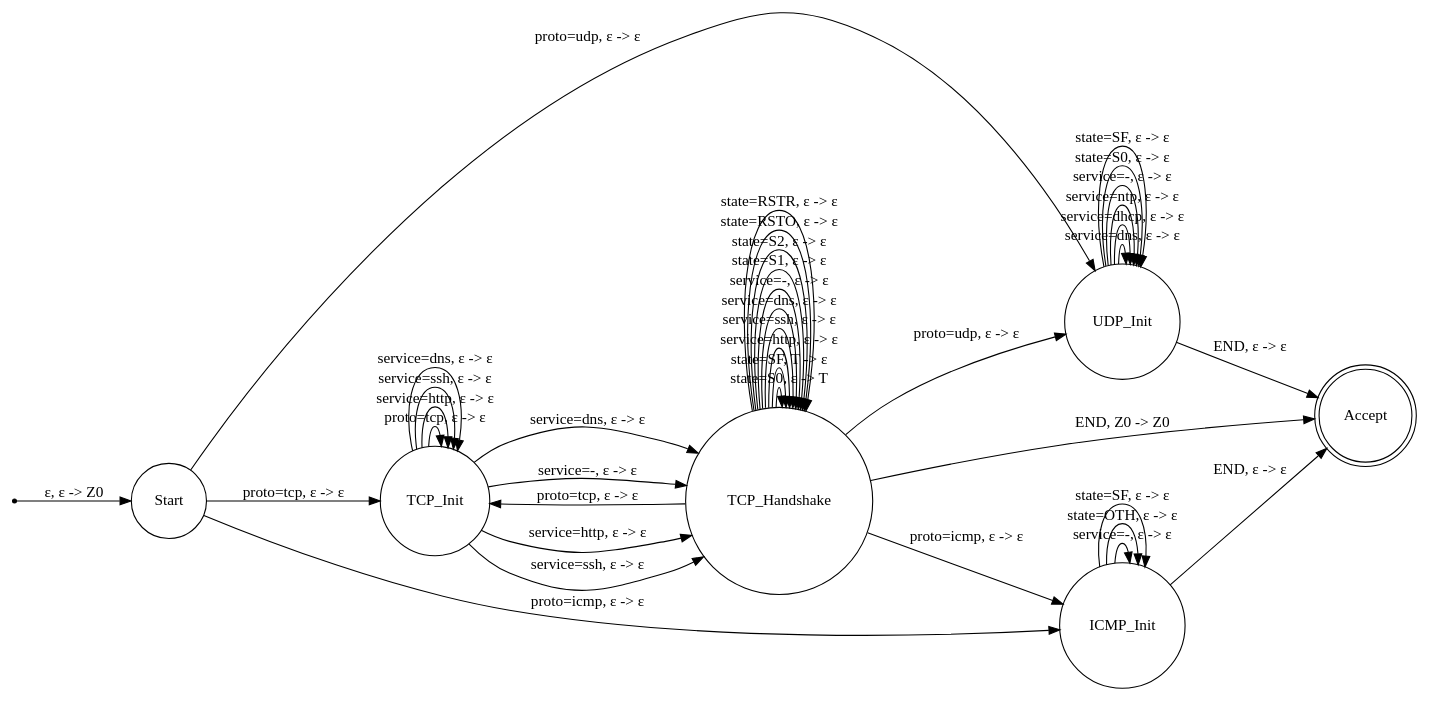
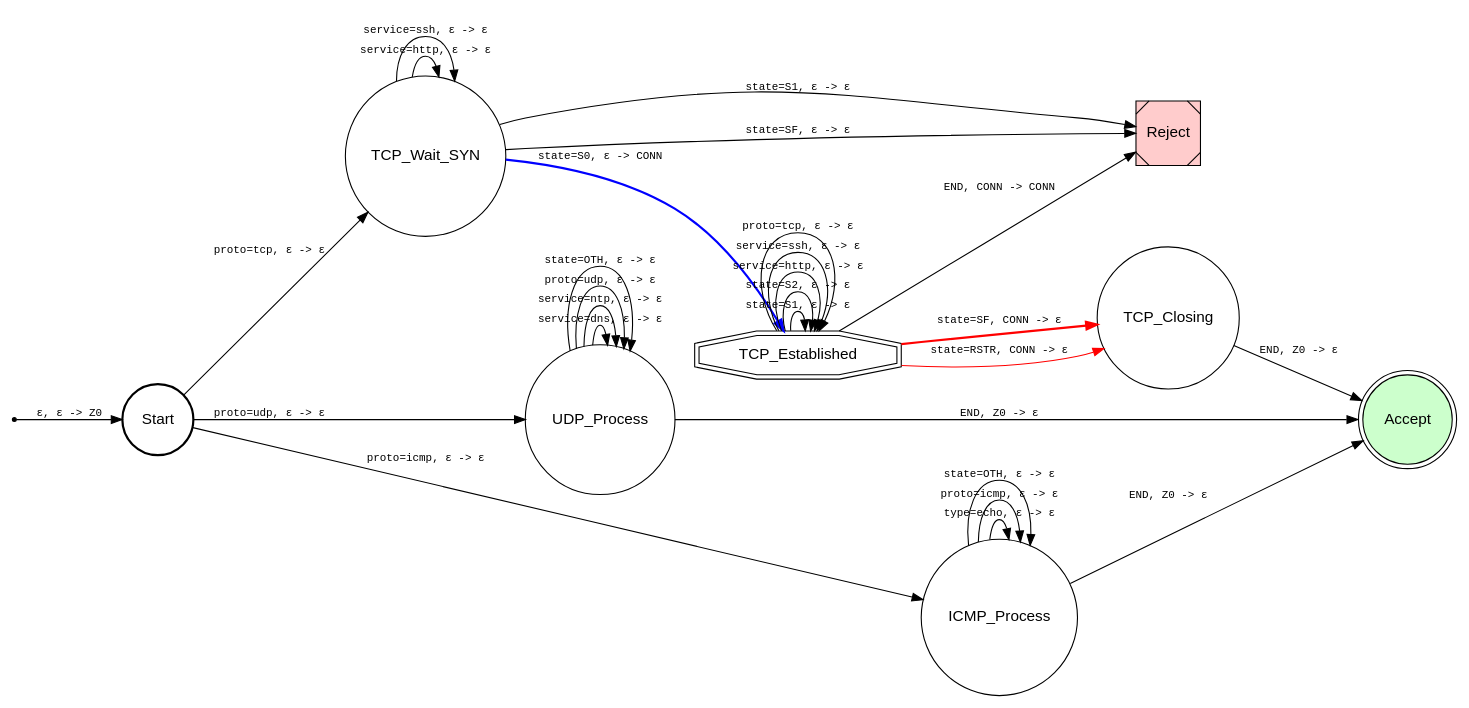
Before and after one commit to hdmGOAT/security-visualizer-backend: the diagram in external/data/pda.dot, drawn with Graphviz. The commit also changed 18 other files, not shown here.

```diff
--- a/external/data/pda.dot
+++ b/external/data/pda.dot
@@ -1,78 +1,79 @@
 digraph PDA {
   rankdir=LR;
-  node [shape=circle];
+  node [shape=circle, fontname="Helvetica"];
+  edge [fontname="Courier", fontsize=10];
 
-  /* start point */
+  /* ---------------- Setup ---------------- */
   __start [shape=point];
+  /* Push Z0: The "Ground Truth" that the machine is running */
   __start -> Start [label="ε, ε -> Z0"];
 
-  Start [label="Start"];
-  Accept [label="Accept", shape=doublecircle];
+  Start [label="Start", style=bold];
+  
+  /* Trap State: Any invalid move lands here */
+  Reject [label="Reject", shape=Msquare, style=filled, fillcolor="#ffcccc"];
+  
+  /* Accept: Reached only if input is done AND we can pop Z0 (Empty Stack) */
+  Accept [label="Accept", shape=doublecircle, style=filled, fillcolor="#ccffcc"];
 
-  /* ---------------- Protocol branching ---------------- */
-  Start -> TCP_Init  [label="proto=tcp, ε -> ε"];
-  Start -> UDP_Init  [label="proto=udp, ε -> ε"];
-  Start -> ICMP_Init [label="proto=icmp, ε -> ε"];
+  /* ---------------- Protocol Selection ---------------- */
+  Start -> TCP_Pending [label="proto=tcp, ε -> ε"];
+  Start -> UDP_Process [label="proto=udp, ε -> ε"];
+  Start -> ICMP_Process [label="proto=icmp, ε -> ε"];
 
-  /* ---------------- TCP ---------------- */
-  TCP_Init [label="TCP_Init"];
-  TCP_Handshake [label="TCP_Handshake"];
+  /* ---------------- TCP LOGIC ---------------- */
+  TCP_Pending [label="TCP_Wait_SYN"];
+  TCP_Established [label="TCP_Established", shape=doubleoctagon];
+  TCP_Closing [label="TCP_Closing"];
 
-  /* TCP: service selection - neutral stack */
-  TCP_Init -> TCP_Handshake [label="service=http, ε -> ε"];
-  TCP_Init -> TCP_Handshake [label="service=ssh, ε -> ε"];
-  TCP_Init -> TCP_Handshake [label="service=dns, ε -> ε"];
-  TCP_Init -> TCP_Handshake [label="service=-, ε -> ε"];
+  /* 1. START SESSION: Push 'CONN' on top of Z0 */
+  TCP_Pending -> TCP_Established [label="state=S0, ε -> CONN", color="blue", penwidth=2.0];
 
-  /* TCP: handshake stack ops */
-  TCP_Handshake -> TCP_Handshake [label="state=S0, ε -> T"];  /* push T */
-  TCP_Handshake -> TCP_Handshake [label="state=SF, T -> ε"];  /* pop T */
+  /* Allow service identification during pending state (e.g. if packet has both flags and service info) */
+  TCP_Pending -> TCP_Pending [label="service=http, ε -> ε"];
+  TCP_Pending -> TCP_Pending [label="service=ssh, ε -> ε"];
 
-    /* Allow new packet headers to start while in handshake (accept proto/service of next packet)
-      so the PDA can process sequences like: proto,service,S0  proto,service,S1 ... */
-    TCP_Handshake -> TCP_Init [label="proto=tcp, ε -> ε"];
-    TCP_Handshake -> UDP_Init [label="proto=udp, ε -> ε"];
-    TCP_Handshake -> ICMP_Init [label="proto=icmp, ε -> ε"];
+  /* 1a. Invalid starts go to Reject */
+  TCP_Pending -> Reject [label="state=S1, ε -> ε"];
+  TCP_Pending -> Reject [label="state=SF, ε -> ε"];
 
-    /* Allow service tokens to be seen between handshake frames without changing stack */
-    TCP_Handshake -> TCP_Handshake [label="service=http, ε -> ε"];
-    TCP_Handshake -> TCP_Handshake [label="service=ssh, ε -> ε"];
-    TCP_Handshake -> TCP_Handshake [label="service=dns, ε -> ε"];
-    TCP_Handshake -> TCP_Handshake [label="service=-, ε -> ε"];
+  /* 2. IN SESSION: Loop while CONN is on stack */
+  TCP_Established -> TCP_Established [label="state=S1, ε -> ε"];
+  TCP_Established -> TCP_Established [label="state=S2, ε -> ε"];
+  TCP_Established -> TCP_Established [label="service=http, ε -> ε"];
+  TCP_Established -> TCP_Established [label="service=ssh, ε -> ε"];
+  TCP_Established -> TCP_Established [label="proto=tcp, ε -> ε"];
 
-  /* TCP: neutral transitions */
-  TCP_Handshake -> TCP_Handshake [label="state=S1, ε -> ε"];
-  TCP_Handshake -> TCP_Handshake [label="state=S2, ε -> ε"];
-  TCP_Handshake -> TCP_Handshake [label="state=RSTO, ε -> ε"];
-  TCP_Handshake -> TCP_Handshake [label="state=RSTR, ε -> ε"];
+  /* 3. END SESSION: Pop 'CONN', exposing Z0 below it */
+  TCP_Established -> TCP_Closing [label="state=SF, CONN -> ε", color="red", penwidth=2.0];
+  TCP_Established -> TCP_Closing [label="state=RSTR, CONN -> ε", color="red"];
 
-  /* Allow unexpected proto/service tokens to be handled gracefully in TCP_Init as well */
-  TCP_Init -> TCP_Init [label="proto=tcp, ε -> ε"];
-  TCP_Init -> TCP_Init [label="service=http, ε -> ε"];
-  TCP_Init -> TCP_Init [label="service=ssh, ε -> ε"];
-  TCP_Init -> TCP_Init [label="service=dns, ε -> ε"];
+  /* 4. TERMINATE: Pop Z0. If Z0 is not there, we crash/reject. */
+  TCP_Closing -> Accept [label="END, Z0 -> ε"];
+  
+  /* If stream ends while established (CONN is still there), we reject */
+  TCP_Established -> Reject [label="END, CONN -> CONN"]; 
 
-  /* TCP: accept only when stack back to Z0 */
-  TCP_Handshake -> Accept [label="END, Z0 -> Z0"];
 
-  /* ---------------- UDP ---------------- */
-  UDP_Init [label="UDP_Init"];
+  /* ---------------- UDP LOGIC ---------------- */
+  UDP_Process [label="UDP_Process"];
 
-  UDP_Init -> UDP_Init [label="service=dns, ε -> ε"];
-  UDP_Init -> UDP_Init [label="service=dhcp, ε -> ε"];
-  UDP_Init -> UDP_Init [label="service=ntp, ε -> ε"];
-  UDP_Init -> UDP_Init [label="service=-, ε -> ε"];
-  UDP_Init -> UDP_Init [label="state=S0, ε -> ε"];
-  UDP_Init -> UDP_Init [label="state=SF, ε -> ε"];
+  /* UDP doesn't push CONN, so Z0 is always exposed */
+  UDP_Process -> UDP_Process [label="service=dns, ε -> ε"];
+  UDP_Process -> UDP_Process [label="service=ntp, ε -> ε"];
+  UDP_Process -> UDP_Process [label="proto=udp, ε -> ε"];
+  UDP_Process -> UDP_Process [label="state=OTH, ε -> ε"];
+  
+  /* Finalize: Pop Z0 */
+  UDP_Process -> Accept [label="END, Z0 -> ε"];
 
-  UDP_Init -> Accept [label="END, ε -> ε"];
-
-  /* ---------------- ICMP ---------------- */
-  ICMP_Init [label="ICMP_Init"];
-
-  ICMP_Init -> ICMP_Init [label="service=-, ε -> ε"];
-  ICMP_Init -> ICMP_Init [label="state=OTH, ε -> ε"];
-  ICMP_Init -> ICMP_Init [label="state=SF, ε -> ε"];
-
-  ICMP_Init -> Accept [label="END, ε -> ε"];
+  /* ---------------- ICMP LOGIC ---------------- */
+  ICMP_Process [label="ICMP_Process"];
+  
+  ICMP_Process -> ICMP_Process [label="type=echo, ε -> ε"];
+  ICMP_Process -> ICMP_Process [label="proto=icmp, ε -> ε"];
+  ICMP_Process -> ICMP_Process [label="state=OTH, ε -> ε"];
+  
+  /* Finalize: Pop Z0 */
+  ICMP_Process -> Accept [label="END, Z0 -> ε"];
 }
```
